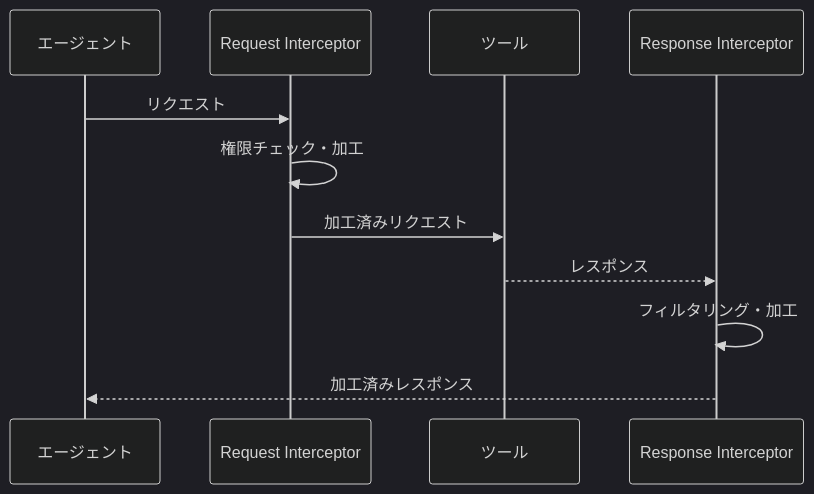
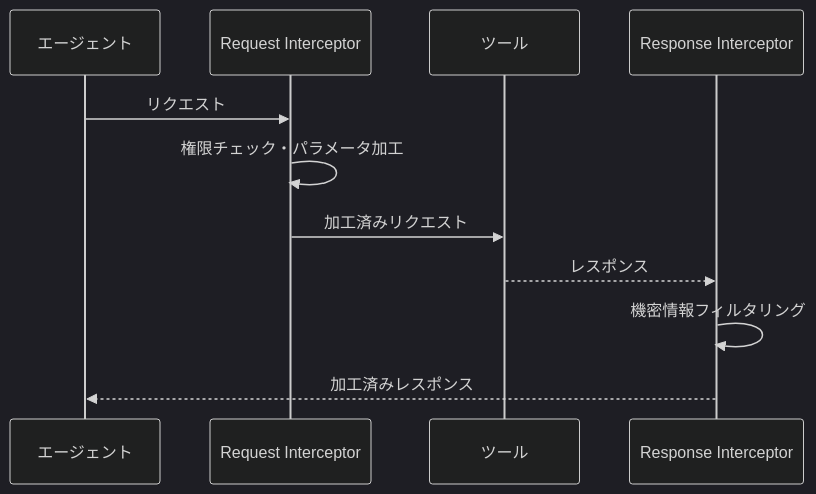
The fourth of 7 diagrams in packages/@ai-suburi/docs/docs/bedrock-agentcore/index.md (Kojiro-schatten/ai-agent-ts), drawn with Mermaid (dark theme) before and after one commit. The commit also changed other lines of this file, not shown here.

````diff
--- a/packages/@ai-suburi/docs/docs/bedrock-agentcore/index.md
+++ b/packages/@ai-suburi/docs/docs/bedrock-agentcore/index.md
@@ -237,14 +265,14 @@
 ```mermaid
 sequenceDiagram
     participant Agent as エージェント
     participant ReqInt as Request Interceptor
     participant Tool as ツール
     participant ResInt as Response Interceptor
 
     Agent->>ReqInt: リクエスト
-    ReqInt->>ReqInt: 権限チェック・加工
+    ReqInt->>ReqInt: 権限チェック・パラメータ加工
     ReqInt->>Tool: 加工済みリクエスト
     Tool-->>ResInt: レスポンス
-    ResInt->>ResInt: フィルタリング・加工
+    ResInt->>ResInt: 機密情報フィルタリング
     ResInt-->>Agent: 加工済みレスポンス
 ```
````
